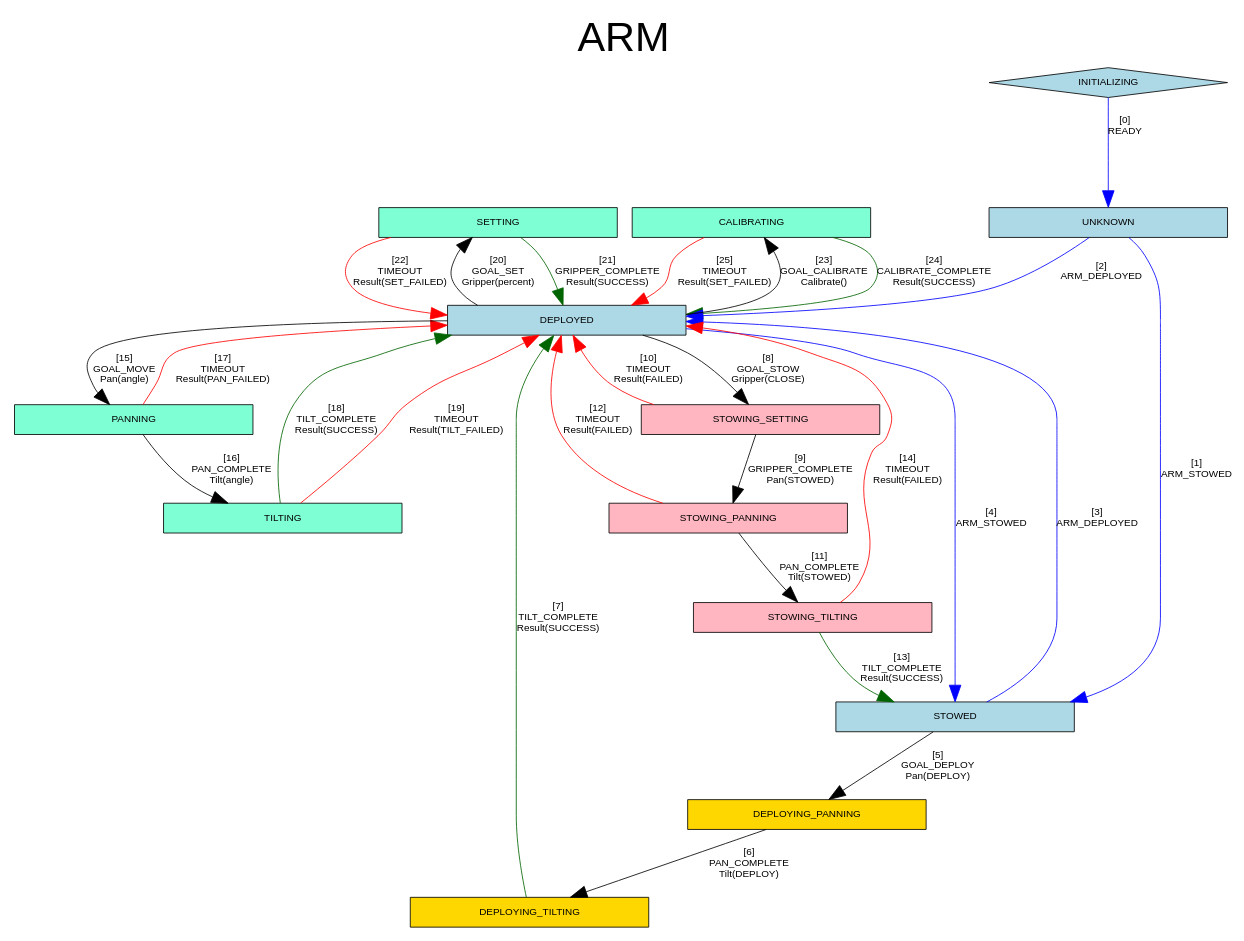
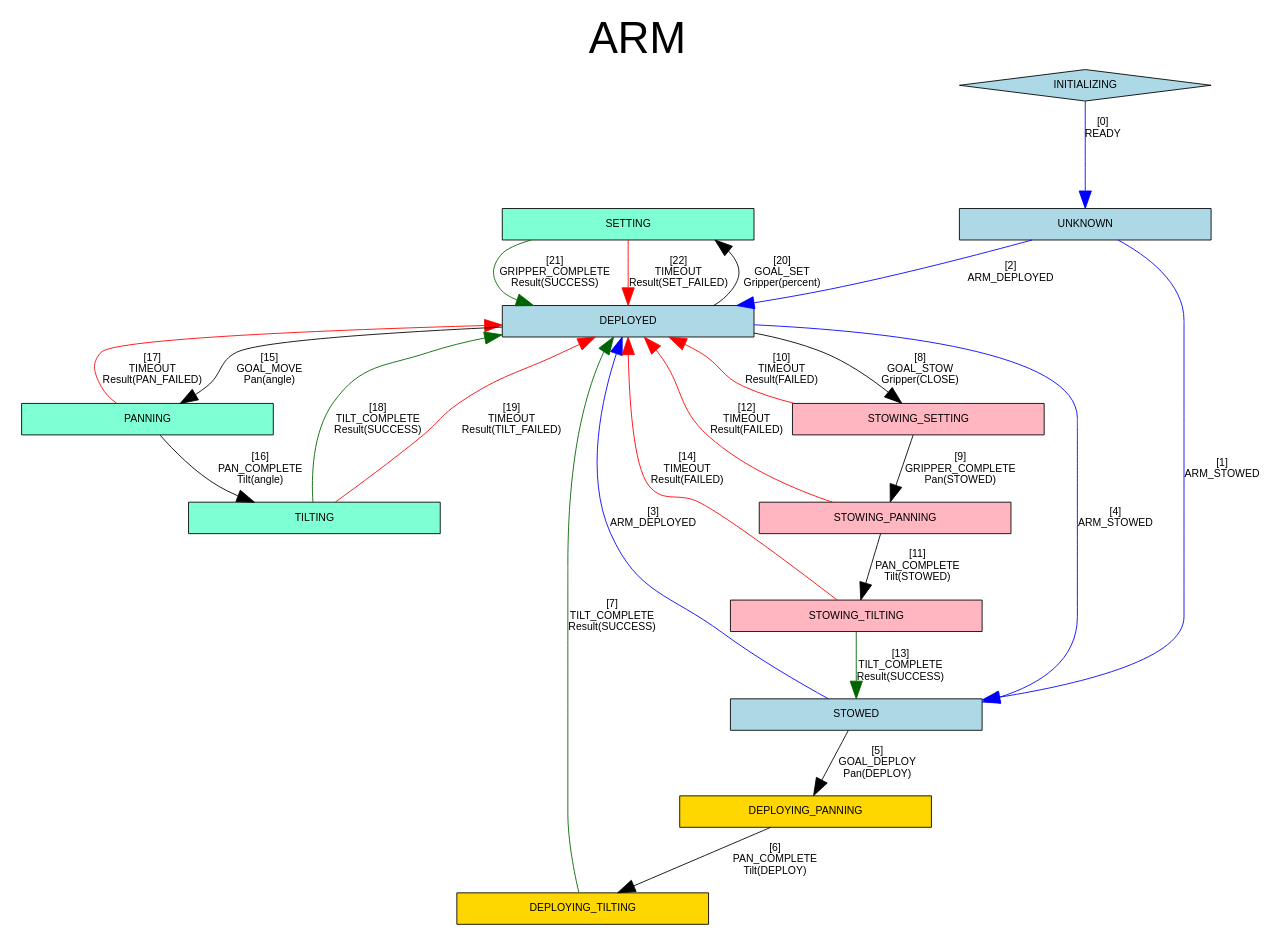
One commit to nasa/astrobee changed the diagram in behaviors/arm/arm_fsm.dot. Above: the diagram before and after it, drawn with Graphviz. The commit also changed 718 other files, not shown here.

```diff
--- a/behaviors/arm/arm_fsm.dot
+++ b/behaviors/arm/arm_fsm.dot
@@ -1,94 +1,87 @@
-# dot -Tpdf statemachine.dot -o statemachine.pdf
+# dot -Tpdf statemachine.dot -o arm_fsm.pdf
 digraph G {
   graph [label="ARM\n", labelloc=t, fontsize=50];
   ratio="fill";
   size="11.7,8.3!";
   node [shape=box, width=4, fontsize=12, fontname="helvetica"];
   edge [arrowsize=2, weight=2., fontsize=12, fontname="helvetica"];
 
   fontname = "helvetica";
 
   subgraph cluster_0 {
     style=invis;
     node [shape=box, style=filled, fillcolor=aquamarine, color=black];
-    CALIBRATING;
     SETTING;
   }
 
   node [shape=box, style=filled, fillcolor=aquamarine, color=black];
   TILTING;
   PANNING;
 
   node [shape=diamond, style=filled, fillcolor=lightblue, color=black];
   INITIALIZING;
 
   node [shape=box, style=filled, fillcolor=lightblue, color=black];
   UNKNOWN;
   DEPLOYED;
 
   node [shape=box, style=filled, fillcolor=gold, color=black];
   DEPLOYING_TILTING;
   DEPLOYING_PANNING;
 
   node [shape=box, style=filled, fillcolor=lightblue, color=black];
   STOWED;
 
   node [shape=box, style=filled, fillcolor=lightpink, color=black];
   STOWING_SETTING;
   STOWING_PANNING;
   STOWING_TILTING;
 
   # Actions
   INITIALIZING -> UNKNOWN
     [label="[0]\nREADY", color=blue];
   UNKNOWN -> STOWED
     [label="[1]\nARM_STOWED", color=blue];
   UNKNOWN -> DEPLOYED
     [label="[2]\nARM_DEPLOYED", color=blue];
   STOWED -> DEPLOYED
     [label="[3]\nARM_DEPLOYED", color=blue];
   DEPLOYED -> STOWED
     [label="[4]\nARM_STOWED", color=blue];
   STOWED -> DEPLOYING_PANNING
     [label="[5]\nGOAL_DEPLOY\nPan(DEPLOY)"];
   DEPLOYING_PANNING -> DEPLOYING_TILTING
     [label="[6]\nPAN_COMPLETE\nTilt(DEPLOY)"];
   DEPLOYING_TILTING -> DEPLOYED
     [label="[7]\nTILT_COMPLETE\nResult(SUCCESS)", color=darkgreen];
   DEPLOYED -> STOWING_SETTING
     [label="[8]\nGOAL_STOW\nGripper(CLOSE)"];
   STOWING_SETTING -> STOWING_PANNING
     [label="[9]\nGRIPPER_COMPLETE\nPan(STOWED)", color=black];
   STOWING_SETTING -> DEPLOYED
     [label="[10]\nTIMEOUT\nResult(FAILED)", color=red];
   STOWING_PANNING -> STOWING_TILTING
     [label="[11]\nPAN_COMPLETE\nTilt(STOWED)", color=black];
   STOWING_PANNING -> DEPLOYED
     [label="[12]\nTIMEOUT\nResult(FAILED)", color=red];
   STOWING_TILTING -> STOWED
     [label="[13]\nTILT_COMPLETE\nResult(SUCCESS)", color=darkgreen];
   STOWING_TILTING -> DEPLOYED
     [label="[14]\nTIMEOUT\nResult(FAILED)", color=red];
   DEPLOYED -> PANNING
     [label="[15]\nGOAL_MOVE\nPan(angle)"];
   PANNING -> TILTING
     [label="[16]\nPAN_COMPLETE\nTilt(angle)"];
   PANNING -> DEPLOYED
     [label="[17]\nTIMEOUT\nResult(PAN_FAILED)", color=red];
   TILTING -> DEPLOYED
     [label="[18]\nTILT_COMPLETE\nResult(SUCCESS)", color=darkgreen];
   TILTING -> DEPLOYED
     [label="[19]\nTIMEOUT\nResult(TILT_FAILED)", color=red];
   DEPLOYED -> SETTING
     [label="[20]\nGOAL_SET\nGripper(percent)"];
   SETTING -> DEPLOYED
     [label="[21]\nGRIPPER_COMPLETE\nResult(SUCCESS)", color=darkgreen];
   SETTING -> DEPLOYED
     [label="[22]\nTIMEOUT\nResult(SET_FAILED)", color=red];
-  DEPLOYED -> CALIBRATING
-    [label="[23]\nGOAL_CALIBRATE\nCalibrate()"];
-  CALIBRATING -> DEPLOYED
-    [label="[24]\nCALIBRATE_COMPLETE\nResult(SUCCESS)", color=darkgreen];
-  CALIBRATING -> DEPLOYED
-    [label="[25]\nTIMEOUT\nResult(SET_FAILED)", color=red];
 }
```
